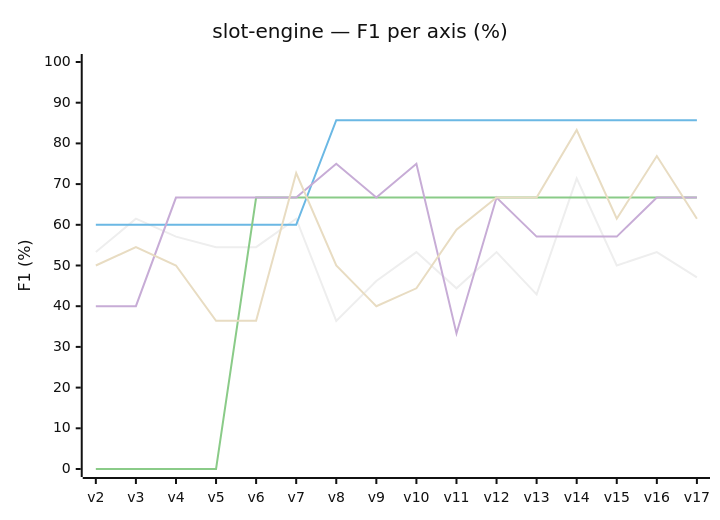
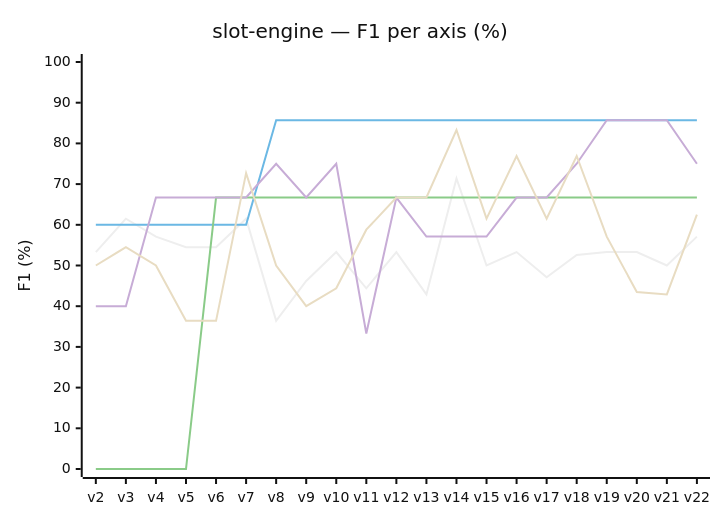
The second of 2 diagrams in docs/02-slot-engine-results.md (r-via/anatoly-bench), drawn with Mermaid (neutral theme) before and after one commit. The commit also changed other lines of this file and 211 other files, not shown here.

````diff
--- a/docs/02-slot-engine-results.md
+++ b/docs/02-slot-engine-results.md
@@ -21,11 +21,11 @@
 ```mermaid
 xychart-beta
     title "slot-engine — F1 per axis (%)"
-    x-axis [v2, v3, v4, v5, v6, v7, v8, v9, v10, v11, v12, v13, v14, v15, v16, v17]
+    x-axis [v2, v3, v4, v5, v6, v7, v8, v9, v10, v11, v12, v13, v14, v15, v16, v17, v18, v19, v20, v21, v22]
     y-axis "F1 (%)" 0 --> 100
-    line "correction" [53.3, 61.5, 57.1, 54.5, 54.5, 61.5, 36.4, 46.2, 53.3, 44.4, 53.3, 42.9, 71.4, 50.0, 53.3, 47.1]
-    line "utility" [60.0, 60.0, 60.0, 60.0, 60.0, 60.0, 85.7, 85.7, 85.7, 85.7, 85.7, 85.7, 85.7, 85.7, 85.7, 85.7]
-    line "duplication" [0.0, 0.0, 0.0, 0.0, 66.7, 66.7, 66.7, 66.7, 66.7, 66.7, 66.7, 66.7, 66.7, 66.7, 66.7, 66.7]
-    line "overengineering" [40.0, 40.0, 66.7, 66.7, 66.7, 66.7, 75.0, 66.7, 75.0, 33.3, 66.7, 57.1, 57.1, 57.1, 66.7, 66.7]
-    line "best-practices" [50.0, 54.5, 50.0, 36.4, 36.4, 72.7, 50.0, 40.0, 44.4, 58.8, 66.7, 66.7, 83.3, 61.5, 76.9, 61.5]
+    line "correction" [53.3, 61.5, 57.1, 54.5, 54.5, 61.5, 36.4, 46.2, 53.3, 44.4, 53.3, 42.9, 71.4, 50.0, 53.3, 47.1, 52.6, 53.3, 53.3, 50.0, 57.1]
+    line "utility" [60.0, 60.0, 60.0, 60.0, 60.0, 60.0, 85.7, 85.7, 85.7, 85.7, 85.7, 85.7, 85.7, 85.7, 85.7, 85.7, 85.7, 85.7, 85.7, 85.7, 85.7]
+    line "duplication" [0.0, 0.0, 0.0, 0.0, 66.7, 66.7, 66.7, 66.7, 66.7, 66.7, 66.7, 66.7, 66.7, 66.7, 66.7, 66.7, 66.7, 66.7, 66.7, 66.7, 66.7]
+    line "overengineering" [40.0, 40.0, 66.7, 66.7, 66.7, 66.7, 75.0, 66.7, 75.0, 33.3, 66.7, 57.1, 57.1, 57.1, 66.7, 66.7, 75.0, 85.7, 85.7, 85.7, 75.0]
+    line "best-practices" [50.0, 54.5, 50.0, 36.4, 36.4, 72.7, 50.0, 40.0, 44.4, 58.8, 66.7, 66.7, 83.3, 61.5, 76.9, 61.5, 76.9, 57.1, 43.5, 42.9, 62.5]
 ```
````
